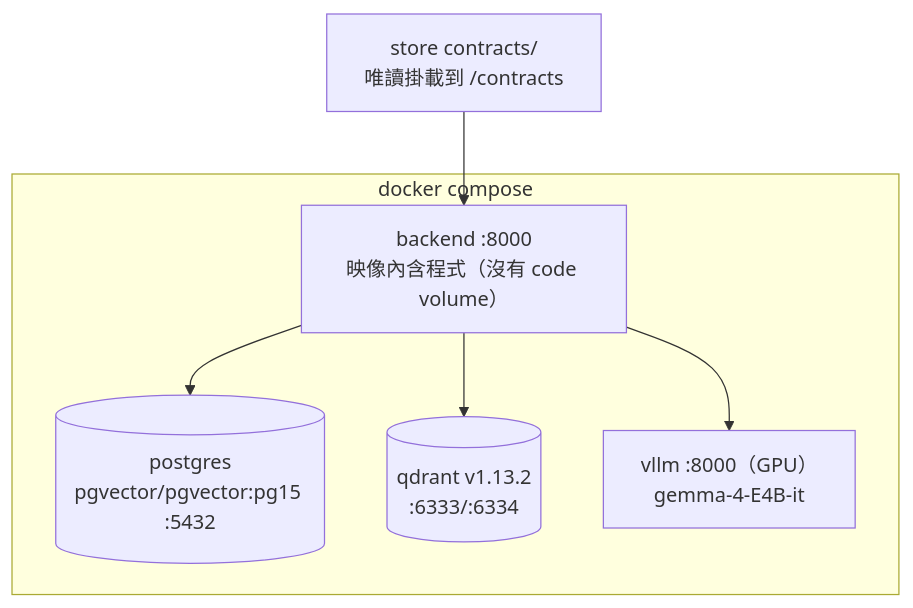
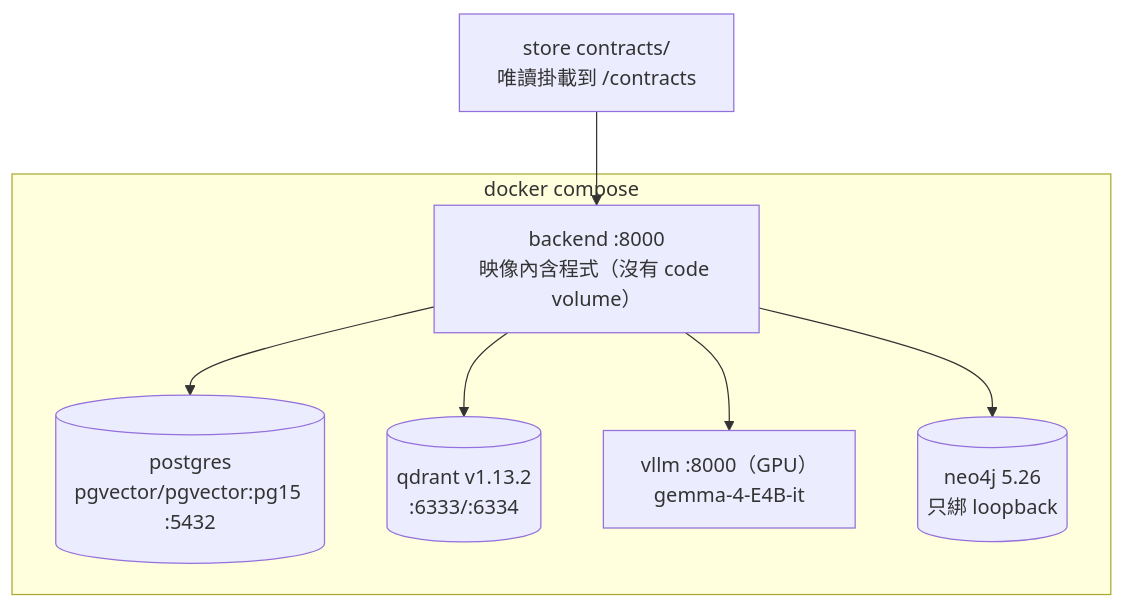
Before and after one commit to KenZx0521/Bible_RAG: the third of 3 diagrams in docs/ARCHITECTURE.md, drawn with Mermaid. The commit also changed other lines of this file and 7 other files, not shown here.

````diff
--- a/docs/ARCHITECTURE.md
+++ b/docs/ARCHITECTURE.md
@@ -386,11 +389,12 @@
 ```mermaid
 flowchart TB
     subgraph COMPOSE["docker compose"]
         BE["backend :8000<br/>映像內含程式（沒有 code volume）"]
         PG[("postgres<br/>pgvector/pgvector:pg15 :5432")]
         QD[("qdrant v1.13.2<br/>:6333/:6334")]
         OL["vllm :8000（GPU）<br/>gemma-4-E4B-it"]
+        NEO[("neo4j 5.26<br/>只綁 loopback")]
     end
     STORE["store contracts/<br/>唯讀掛載到 /contracts"] --> BE
-    BE --> PG & QD & OL
+    BE --> PG & QD & OL & NEO
 ```
````
